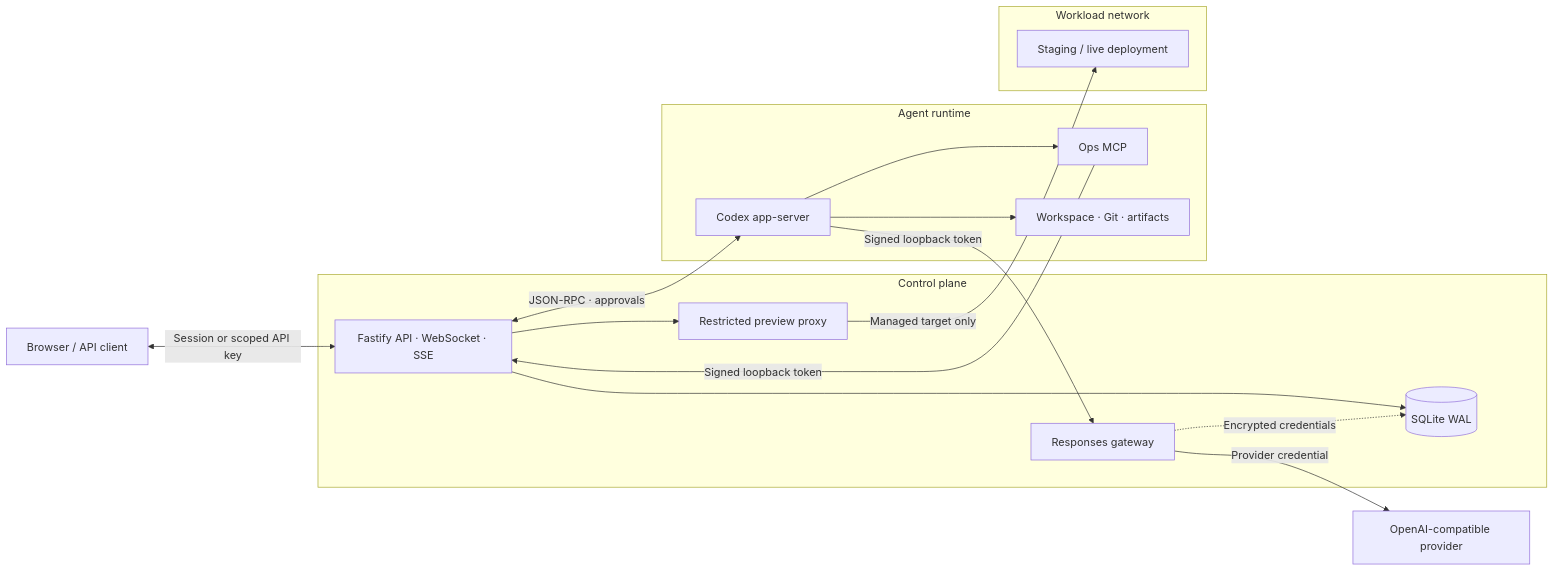
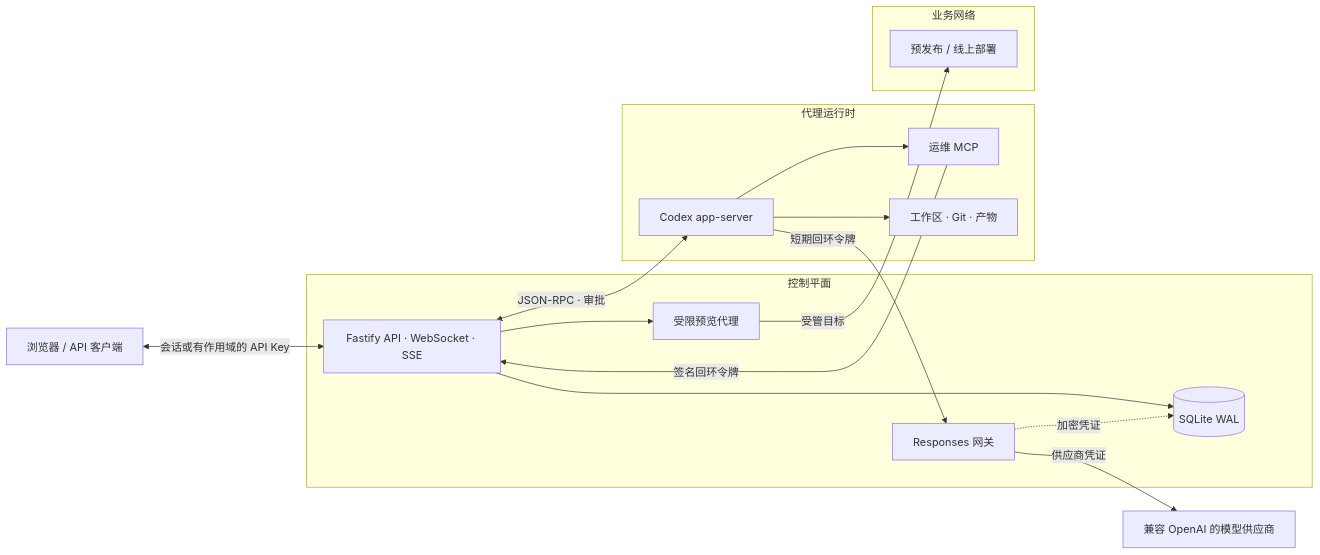
One commit to Waffing/codex-deck changed the diagram in README.md. Above: the diagram before and after it, drawn with Mermaid. The commit also changed other lines of this file and 2 other files, not shown here.

````diff
--- a/README.md
+++ b/README.md
@@ -118,34 +116,34 @@
 ```mermaid
 flowchart LR
-    client["Browser / API client"]
-    provider["OpenAI-compatible provider"]
+    client["浏览器 / API 客户端"]
+    provider["兼容 OpenAI 的模型供应商"]
 
-    subgraph control["Control plane"]
+    subgraph control["控制平面"]
       api["Fastify API · WebSocket · SSE"]
       db[("SQLite WAL")]
-      gateway["Responses gateway"]
-      preview["Restricted preview proxy"]
+      gateway["Responses 网关"]
+      preview["受限预览代理"]
       api --> db
       api --> preview
-      gateway -.->|"Encrypted credentials"| db
+      gateway -.->|"加密凭证"| db
     end
 
-    subgraph runtime["Agent runtime"]
+    subgraph runtime["代理运行时"]
       codex["Codex app-server"]
-      mcp["Ops MCP"]
-      work["Workspace · Git · artifacts"]
+      mcp["运维 MCP"]
+      work["工作区 · Git · 产物"]
       codex --> work
       codex --> mcp
     end
 
-    subgraph deployment["Workload network"]
-      service["Staging / live deployment"]
+    subgraph deployment["业务网络"]
+      service["预发布 / 线上部署"]
     end
 
-    client <-->|"Session or scoped API key"| api
-    api <-->|"JSON-RPC · approvals"| codex
-    codex -->|"Signed loopback token"| gateway
-    gateway -->|"Provider credential"| provider
-    mcp -->|"Signed loopback token"| api
-    preview -->|"Managed target only"| service
+    client <-->|"会话或有作用域的 API Key"| api
+    api <-->|"JSON-RPC · 审批"| codex
+    codex -->|"短期回环令牌"| gateway
+    gateway -->|"供应商凭证"| provider
+    mcp -->|"签名回环令牌"| api
+    preview -->|"受管目标"| service
 ```
````
